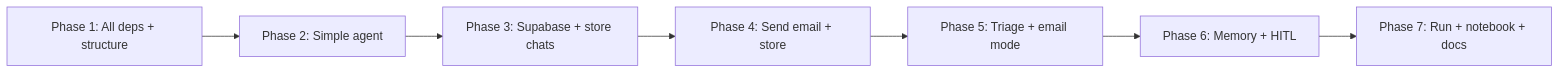
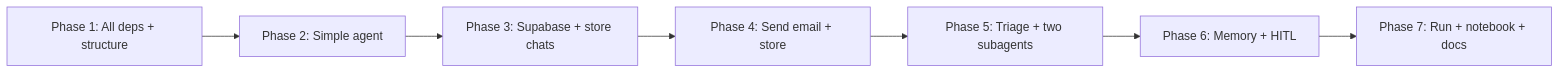
Before and after one commit to Nagdy8888/email_assist_draft: the first of 3 diagrams in .cursor/plans/email_agent_phased_implementation_d99ca526.plan.md, drawn with Mermaid. The commit also changed other lines of this file and 23 other files, not shown here.

First line of the commit message:
Enhance email assistant architecture and functionality for Phase 6/7

````diff
--- a/.cursor/plans/email_agent_phased_implementation_d99ca526.plan.md
+++ b/.cursor/plans/email_agent_phased_implementation_d99ca526.plan.md
@@ -12,11 +12,11 @@
 ```mermaid
 flowchart LR
   P1["Phase 1: All deps + structure"]
   P2["Phase 2: Simple agent"]
   P3["Phase 3: Supabase + store chats"]
   P4["Phase 4: Send email + store"]
-  P5["Phase 5: Triage + email mode"]
+  P5["Phase 5: Triage + two subagents"]
   P6["Phase 6: Memory + HITL"]
   P7["Phase 7: Run + notebook + docs"]
   P1 --> P2 --> P3 --> P4 --> P5 --> P6 --> P7
 ```
````
